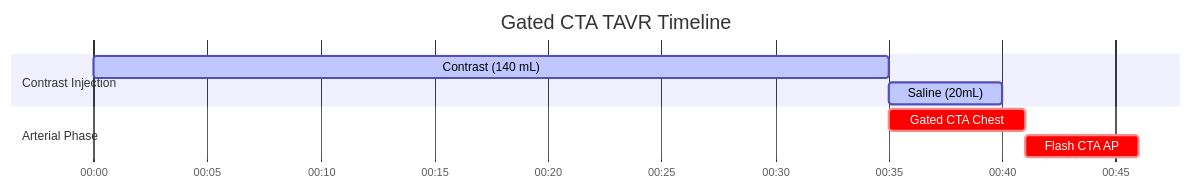
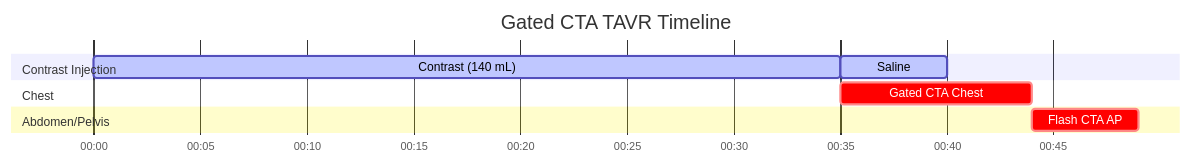
The diagram in docs/ct/cardiac/gated-cta-tavr.md (dfergs93/radiology-protocols), drawn with Mermaid before and after one commit. The commit also changed other lines of this file and 101 other files, not shown here.

````diff
--- a/docs/ct/cardiac/gated-cta-tavr.md
+++ b/docs/ct/cardiac/gated-cta-tavr.md
@@ -84,18 +85,20 @@
   ```mermaid
   ---
+  displayMode: compact
   config:
     theme: default
+    themeCSS: " #Saline{ fill: #4ed5ff; stroke: #2094f3; } "
   ---
     gantt
       title Gated CTA TAVR Timeline
       dateFormat mm:ss
       axisFormat %M:%S 
       
       section Contrast Injection
       Contrast (140 mL)    :active, contrast, 00:00, 35s
-      Saline (20mL)          :active, saline, after contrast, 5s
-      section Arterial Phase
-      Gated CTA Chest    :crit, scan1, after contrast, 6s
-      section Arterial Phase
+      Saline          :active, saline, after contrast, 5s
+      section Chest
+      Gated CTA Chest    :crit, scan1, after contrast, 9.0s
+      section Abdomen/Pelvis
       Flash CTA AP    :crit, scan2, after scan1, 5s
   ```
````
